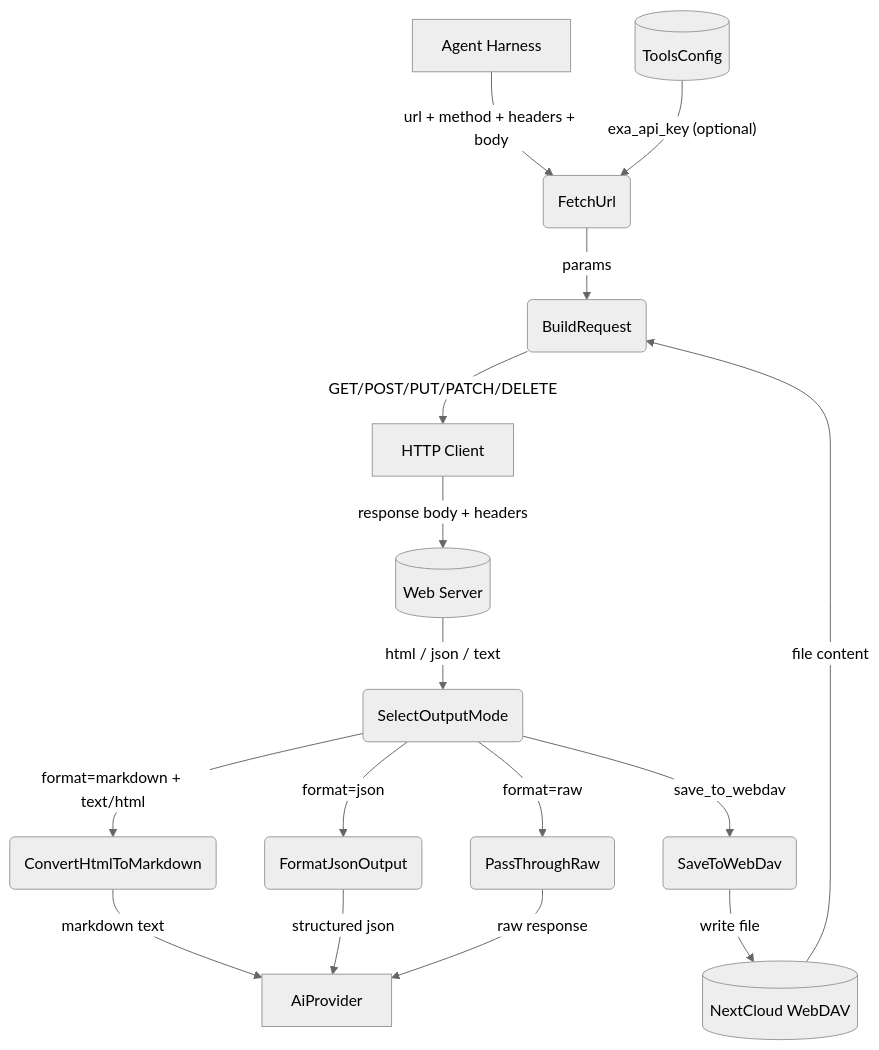
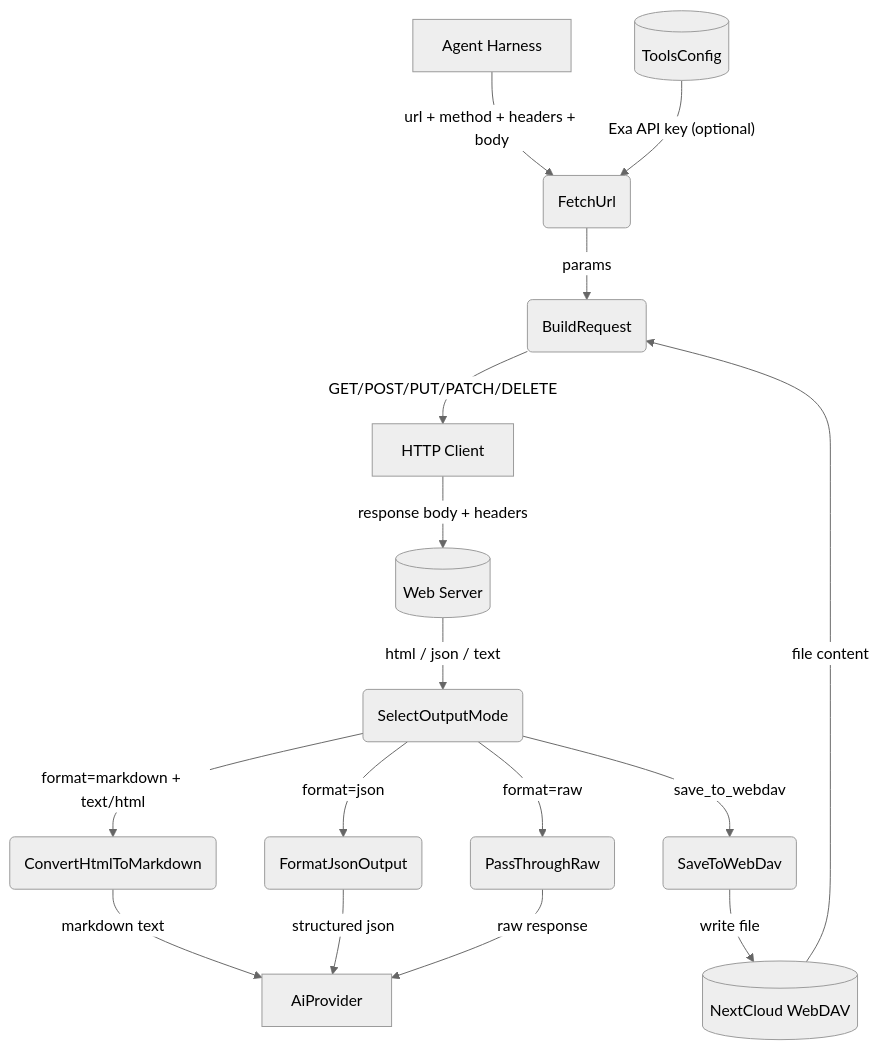
One commit to cosmoswafer/rockbot changed the first of 3 diagrams in _dfd/tools/web-fetch.md. Above: the diagram before and after it, drawn with Mermaid (neutral theme). The commit also changed other lines of this file and 18 other files, not shown here.

````diff
--- a/_dfd/tools/web-fetch.md
+++ b/_dfd/tools/web-fetch.md
@@ -39,32 +39,32 @@
 ```mermaid
 flowchart TD
     AGENT[Agent Harness]
     CFG[(ToolsConfig)]
     FETCH(FetchUrl)
     BUILD_REQ(BuildRequest)
     HTTP[HTTP Client]
     SERVER[(Web Server)]
     DAV[(NextCloud WebDAV)]
     MODE(SelectOutputMode)
     MD_CONV(ConvertHtmlToMarkdown)
     JSON_FMT(FormatJsonOutput)
     RAW_OUT(PassThroughRaw)
     SAVE_DAV(SaveToWebDav)
     AI[AiProvider]
 
     AGENT -->|"url + method + headers + body"| FETCH
-    CFG -->|"exa_api_key (optional)"| FETCH
+    CFG -->|"Exa API key (optional)"| FETCH
     FETCH -->|"params"| BUILD_REQ
     DAV -->|"file content"| BUILD_REQ
     BUILD_REQ -->|"GET/POST/PUT/PATCH/DELETE"| HTTP
     HTTP -->|"response body + headers"| SERVER
     SERVER -->|"html / json / text"| MODE
     MODE -->|"format=markdown + text/html"| MD_CONV
     MODE -->|"format=json"| JSON_FMT
     MODE -->|"format=raw"| RAW_OUT
     MODE -->|"save_to_webdav"| SAVE_DAV
     SAVE_DAV -->|"write file"| DAV
     MD_CONV -->|"markdown text"| AI
     JSON_FMT -->|"structured json"| AI
     RAW_OUT -->|"raw response"| AI
 ```
````
